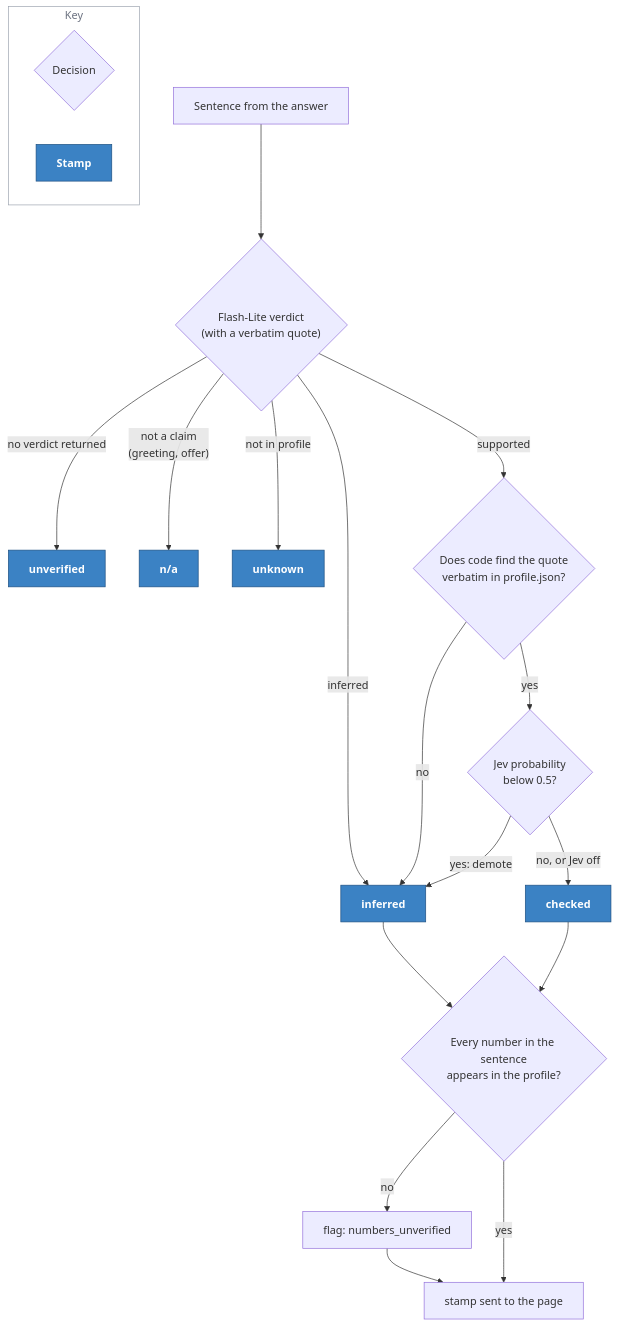
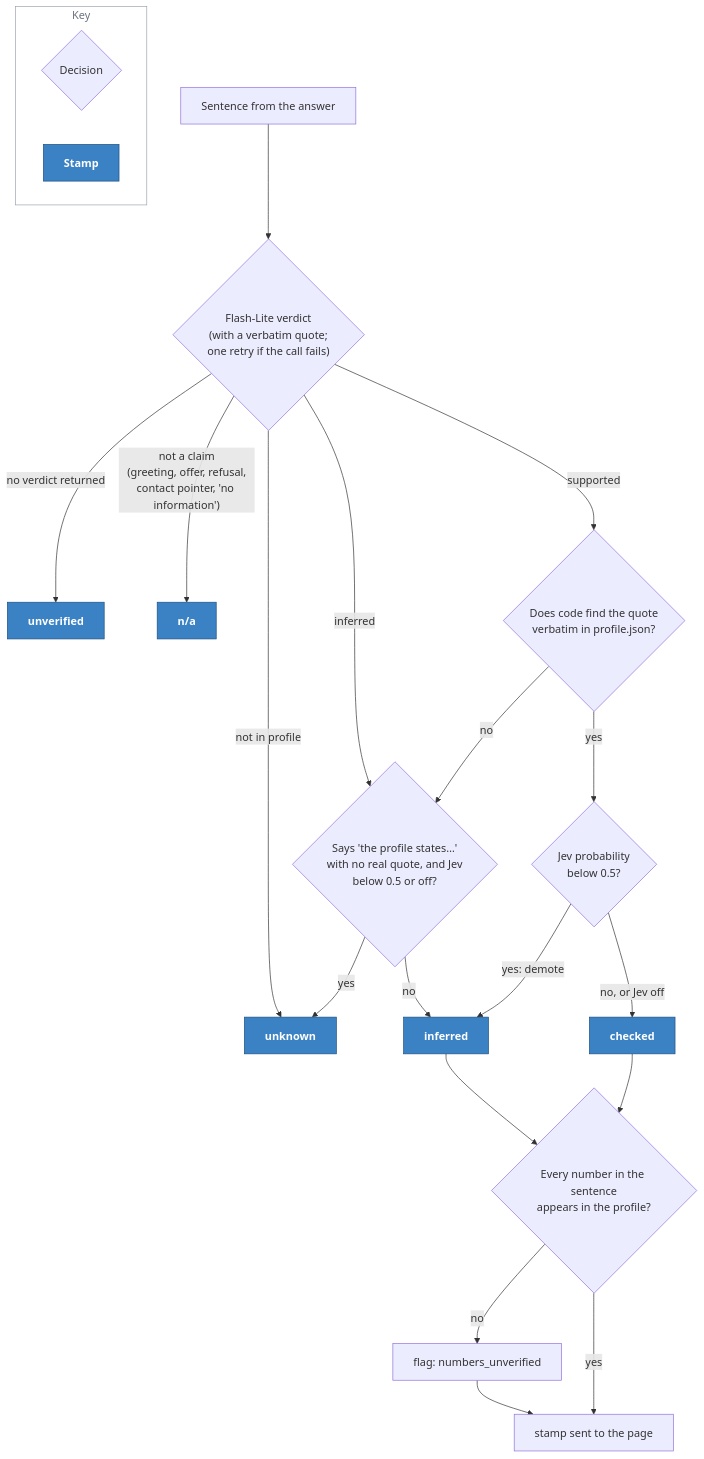
Before and after one commit to Rayhanpatel/AI-Resume-Agent: the seventh of 12 diagrams in docs/ARCHITECTURE.md, drawn with Mermaid. The commit also changed other lines of this file and 28 other files, not shown here.

First line of the commit message:
2.11.0: attack test results, docs and diagrams; Rayhan decided to ship with rule 2 not met

````diff
--- a/docs/ARCHITECTURE.md
+++ b/docs/ARCHITECTURE.md
@@ -312,29 +313,31 @@
 ```mermaid
 flowchart TB
     accTitle: Decision flow: how a sentence gets its stamp
-    accDescr: The model's verdict and quote are checked by code against the profile, the decision model can demote checked to inferred, and every number is checked.
-    s["Sentence from the answer"] --> v{"Flash-Lite verdict<br/>(with a verbatim quote)"}
+    accDescr: The model's verdict and quote are checked by code against the profile, the decision model can demote checked to inferred, a sentence that speaks for the profile without a real quote becomes unknown unless the decision model backs it, and every number is checked.
+    s["Sentence from the answer"] --> v{"Flash-Lite verdict<br/>(with a verbatim quote;<br/>one retry if the call fails)"}
     v -->|"no verdict returned"| unv["<b>unverified</b>"]
-    v -->|"not a claim<br/>(greeting, offer)"| na["<b>n/a</b>"]
+    v -->|"not a claim<br/>(greeting, offer, refusal,<br/>contact pointer, 'no information')"| na["<b>n/a</b>"]
     v -->|"not in profile"| unk["<b>unknown</b>"]
-    v -->|"inferred"| inf["<b>inferred</b>"]
+    v -->|"inferred"| att{"Says 'the profile states…'<br/>with no real quote, and Jev<br/>below 0.5 or off?"}
+    att -->|"yes"| unk
+    att -->|"no"| inf["<b>inferred</b>"]
     v -->|"supported"| q{"Does code find the quote<br/>verbatim in profile.json?"}
-    q -->|"no"| inf
+    q -->|"no"| att
     q -->|"yes"| jev{"Jev probability<br/>below 0.5?"}
     jev -->|"yes: demote"| inf
     jev -->|"no, or Jev off"| chk["<b>checked</b>"]
     chk --> num{"Every number in the sentence<br/>appears in the profile?"}
     inf --> num
     num -->|"no"| flag["flag: numbers_unverified"]
     num -->|"yes"| done["stamp sent to the page"]
     flag --> done
 
     subgraph key["Key"]
         k1{"Decision"}
         k2["<b>Stamp</b>"]:::stamp
     end
     style key fill:none,stroke:#9ca3af,color:#6b7280
 
     classDef stamp fill:#3b82c4,stroke:#1d4f80,color:#ffffff
     class unv,na,unk,inf,chk stamp
 ```
````
